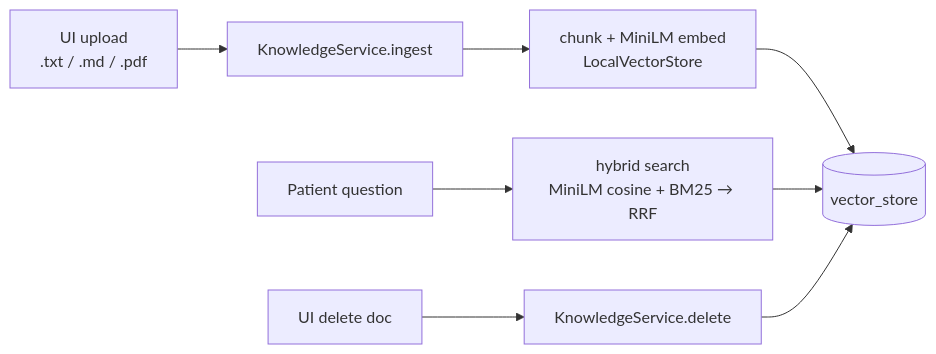
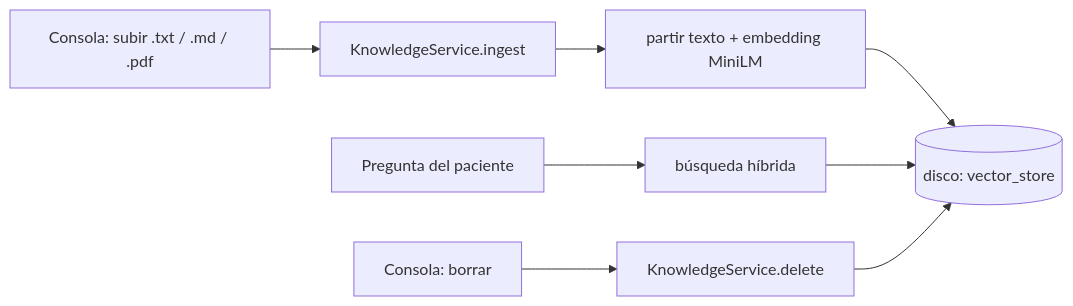
The fourth of 6 diagrams in ARCHITECTURE.md (jfernand196/tech-sphere-voice-agent), drawn with Mermaid before and after one commit. The commit also changed other lines of this file, not shown here.

Commit message:
Rewrite architecture doc so a jury can audit boxes against code.

````diff
--- a/ARCHITECTURE.md
+++ b/ARCHITECTURE.md
@@ -109,10 +128,10 @@
 ```mermaid
 flowchart LR
-  Upload["UI upload<br/>.txt / .md / .pdf"] --> Ingest["KnowledgeService.ingest"]
-  Ingest --> Chunk["chunk + MiniLM embed<br/>LocalVectorStore"]
-  Chunk --> Index[(vector_store)]
-  Ask["Patient question"] --> Hybrid["hybrid search<br/>MiniLM cosine + BM25 → RRF"]
-  Hybrid --> Index
-  Delete["UI delete doc"] --> Drop["KnowledgeService.delete"]
-  Drop --> Index
+  Up["Consola: subir .txt / .md / .pdf"] --> Ingest["KnowledgeService.ingest"]
+  Ingest --> Chunk["partir texto + embedding MiniLM"]
+  Chunk --> Idx[(disco: vector_store)]
+  Q["Pregunta del paciente"] --> Hyb["búsqueda híbrida"]
+  Hyb --> Idx
+  Del["Consola: borrar"] --> Drop["KnowledgeService.delete"]
+  Drop --> Idx
 ```
````
